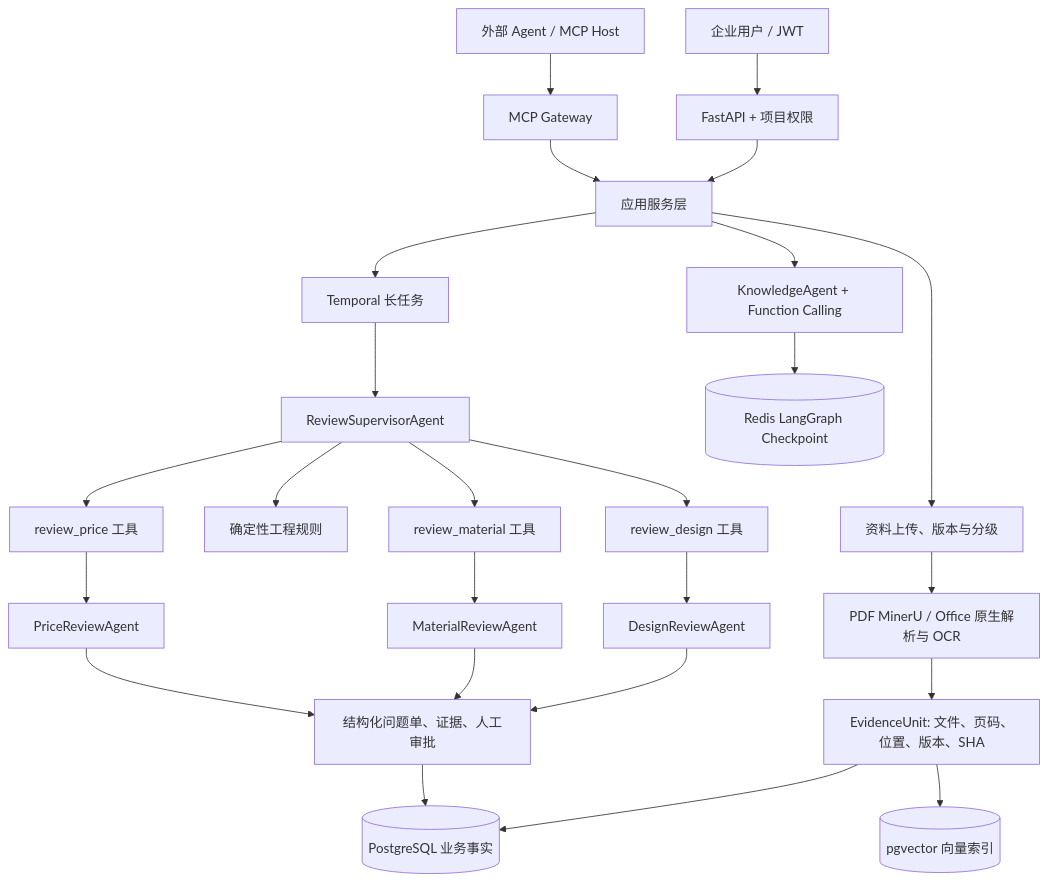
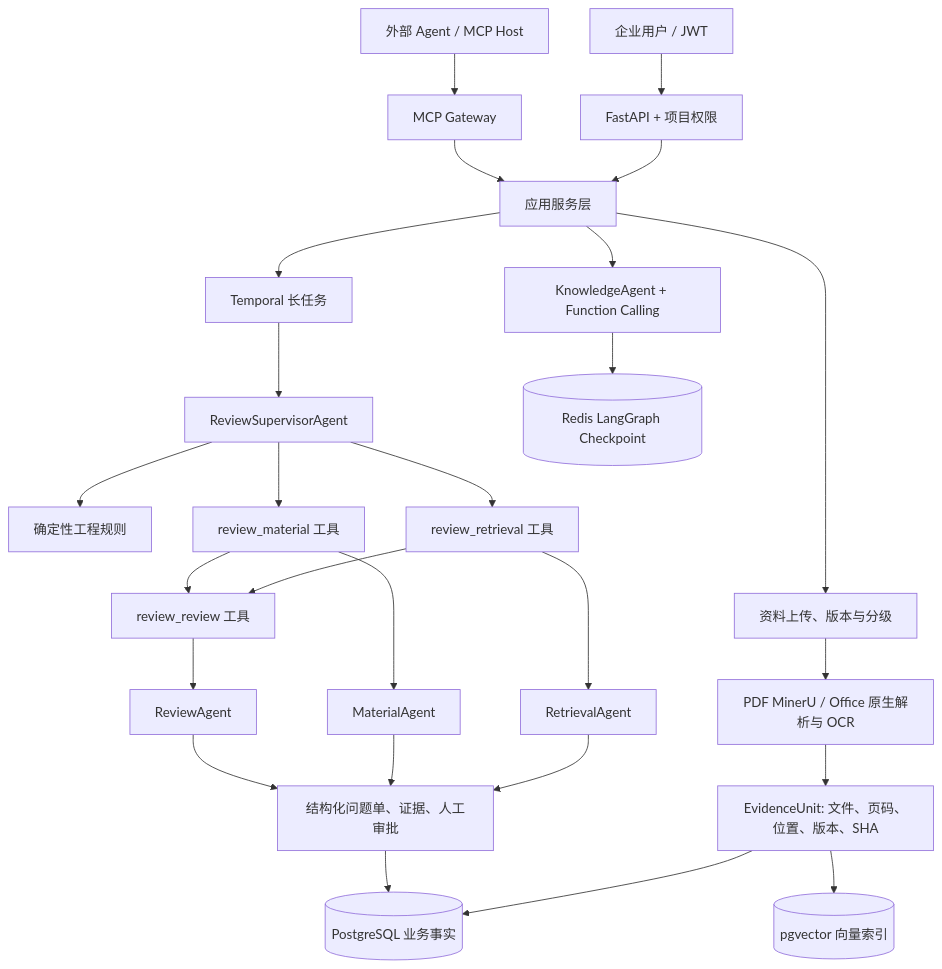
Before and after one commit to xbzz1018/membrane-engineering-knowledge-agent: the diagram in docs/architecture.md, drawn with Mermaid. The commit also changed other lines of this file and 81 other files, not shown here.

Commit message:
feat: align retrieval material review roles and publish verifiable project docs

````diff
--- a/docs/architecture.md
+++ b/docs/architecture.md
@@ -7,27 +7,28 @@
 ```mermaid
 flowchart TD
     U[企业用户 / JWT] --> API[FastAPI + 项目权限]
     H[外部 Agent / MCP Host] --> MCP[MCP Gateway]
     API --> APP[应用服务层]
     MCP --> APP
     APP --> DOC[资料上传、版本与分级]
     DOC --> P[PDF MinerU / Office 原生解析与 OCR]
     P --> E[EvidenceUnit: 文件、页码、位置、版本、SHA]
     E --> PG[(PostgreSQL 业务事实)]
     E --> V[(pgvector 向量索引)]
     APP --> KA[KnowledgeAgent + Function Calling]
     APP --> T[Temporal 长任务]
     T --> S[ReviewSupervisorAgent]
     S --> R[确定性工程规则]
-    S --> DT[review_design 工具]
+    S --> DT[review_retrieval 工具]
     S --> MT[review_material 工具]
-    S --> CT[review_price 工具]
-    DT --> D[DesignReviewAgent]
-    MT --> M[MaterialReviewAgent]
-    CT --> C[PriceReviewAgent]
+    DT --> CT[review_review 工具]
+    MT --> CT
+    DT --> D[RetrievalAgent]
+    MT --> M[MaterialAgent]
+    CT --> C[ReviewAgent]
     D --> I[结构化问题单、证据、人工审批]
     M --> I
     C --> I
     I --> PG
     KA --> RC[(Redis LangGraph Checkpoint)]
 ```
````
